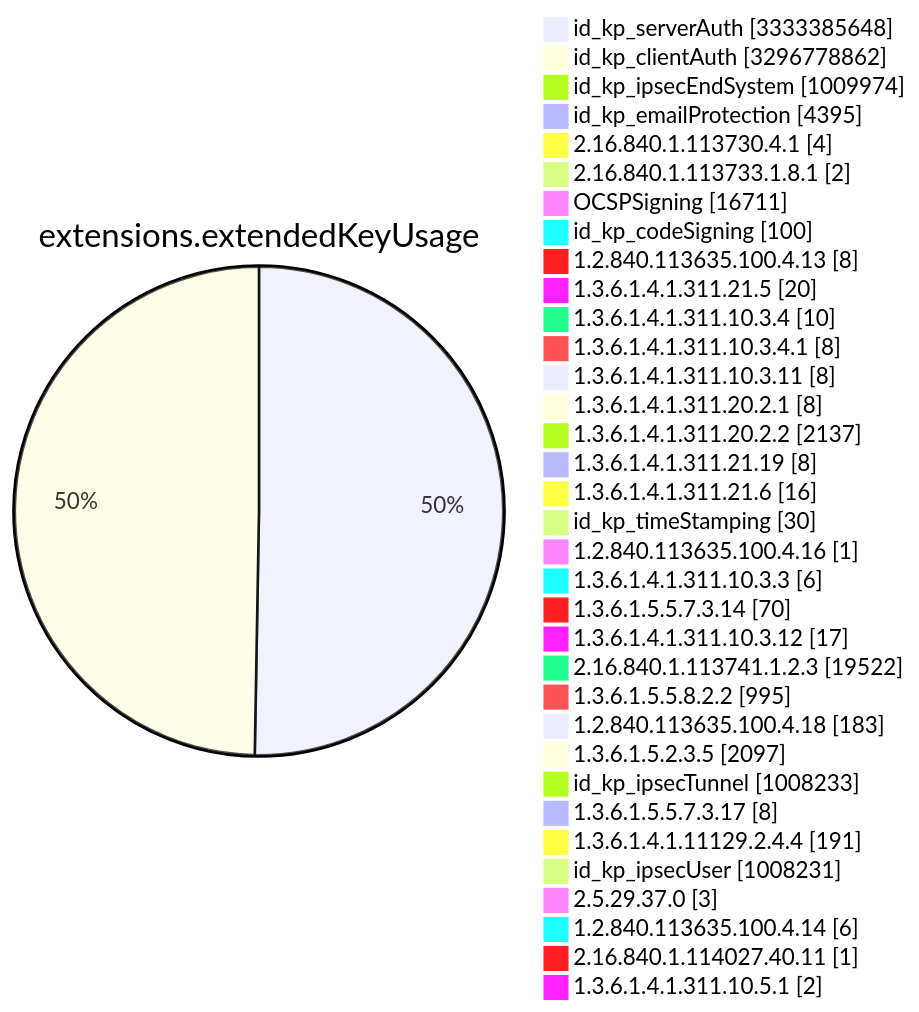
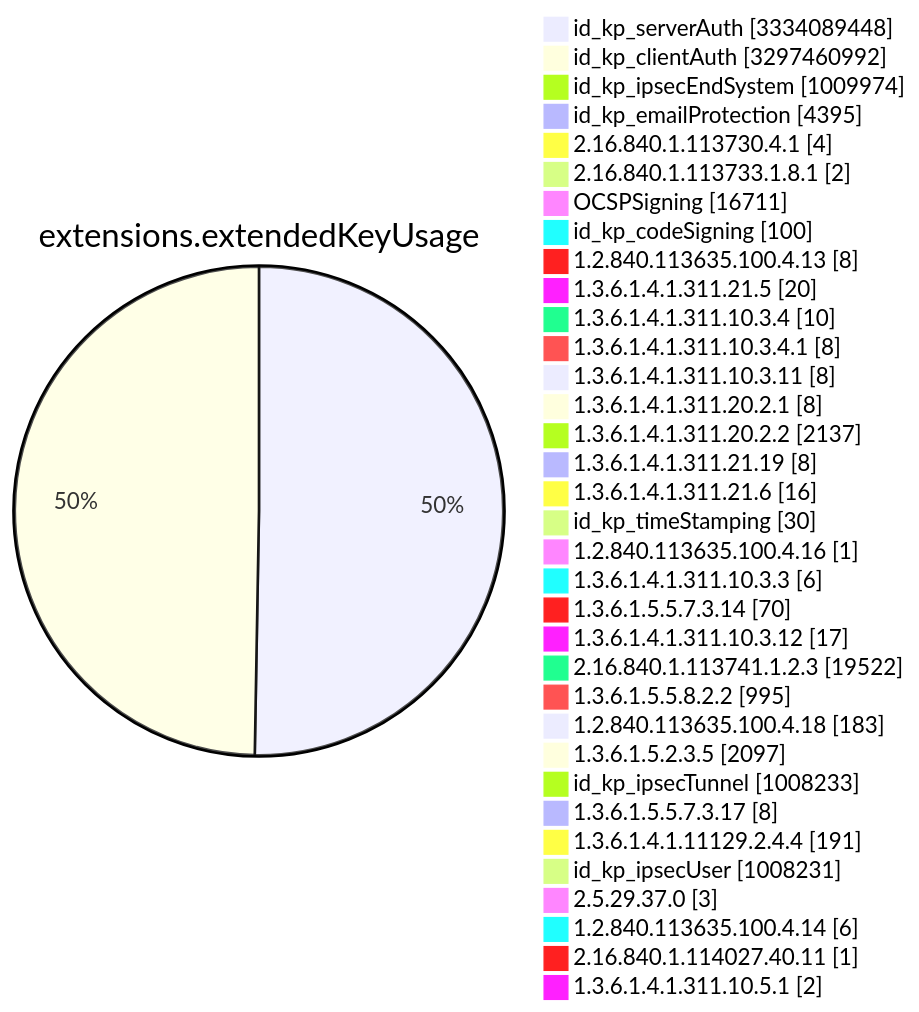
One commit to christiankrug/ctmonitor_visualization changed diagram 11 of 15 in TOTAL/README.md. Above: the diagram before and after it, drawn with Mermaid. The commit also changed other lines of this file, not shown here.

````diff
--- a/TOTAL/README.md
+++ b/TOTAL/README.md
@@ -4120,38 +4120,38 @@
 ```mermaid
 pie showData
 title extensions.extendedKeyUsage
-"id_kp_serverAuth" :3333385648
-"id_kp_clientAuth" :3296778862
+"id_kp_serverAuth" :3334089448
+"id_kp_clientAuth" :3297460992
 "id_kp_ipsecEndSystem" :1009974
 "id_kp_emailProtection" :4395
 "2.16.840.1.113730.4.1" :4
 "2.16.840.1.113733.1.8.1" :2
 "OCSPSigning" :16711
 "id_kp_codeSigning" :100
 "1.2.840.113635.100.4.13" :8
 "1.3.6.1.4.1.311.21.5" :20
 "1.3.6.1.4.1.311.10.3.4" :10
 "1.3.6.1.4.1.311.10.3.4.1" :8
 "1.3.6.1.4.1.311.10.3.11" :8
 "1.3.6.1.4.1.311.20.2.1" :8
 "1.3.6.1.4.1.311.20.2.2" :2137
 "1.3.6.1.4.1.311.21.19" :8
 "1.3.6.1.4.1.311.21.6" :16
 "id_kp_timeStamping" :30
 "1.2.840.113635.100.4.16" :1
 "1.3.6.1.4.1.311.10.3.3" :6
 "1.3.6.1.5.5.7.3.14" :70
 "1.3.6.1.4.1.311.10.3.12" :17
 "2.16.840.1.113741.1.2.3" :19522
 "1.3.6.1.5.5.8.2.2" :995
 "1.2.840.113635.100.4.18" :183
 "1.3.6.1.5.2.3.5" :2097
 "id_kp_ipsecTunnel" :1008233
 "1.3.6.1.5.5.7.3.17" :8
 "1.3.6.1.4.1.11129.2.4.4" :191
 "id_kp_ipsecUser" :1008231
 "2.5.29.37.0" :3
 "1.2.840.113635.100.4.14" :6
 "2.16.840.1.114027.40.11" :1
 "1.3.6.1.4.1.311.10.5.1" :2
 ```
````
